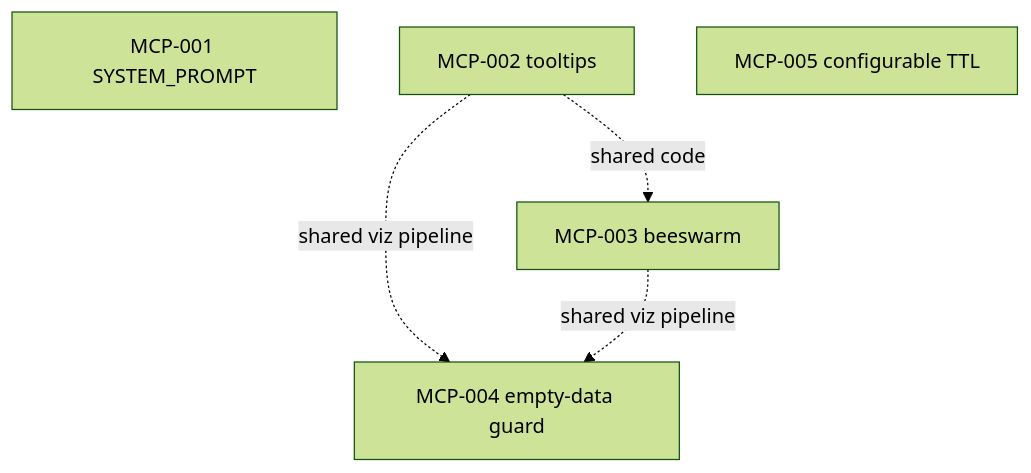
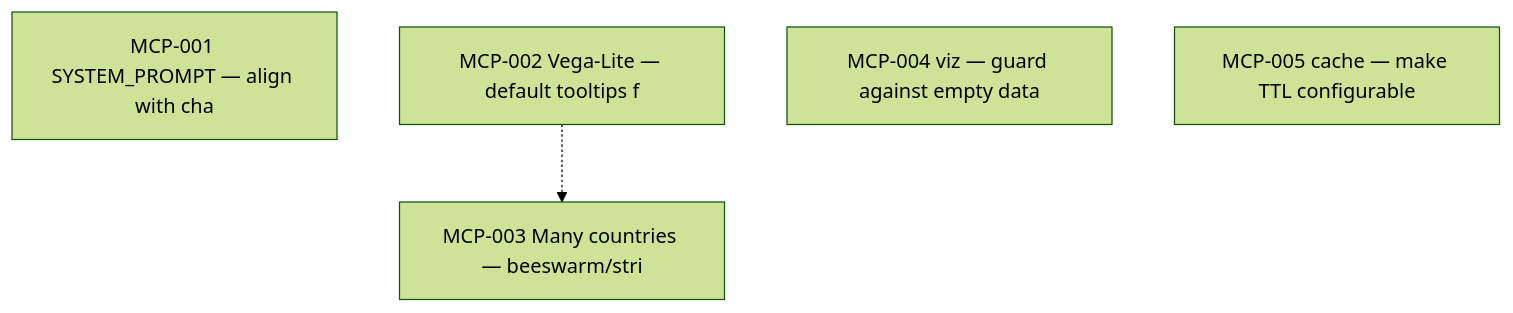
The diagram in TODO/README.md (avsolatorio/data360-mcp), drawn with Mermaid (forest theme) before and after one commit. The commit also changed other lines of this file, not shown here.

````diff
--- a/TODO/README.md
+++ b/TODO/README.md
@@ -19,11 +19,9 @@
 ```mermaid
 flowchart TB
-  MCP001[MCP-001 SYSTEM_PROMPT]
-  MCP002[MCP-002 tooltips]
-  MCP003[MCP-003 beeswarm]
-  MCP004[MCP-004 empty-data guard]
-  MCP005[MCP-005 configurable TTL]
-  MCP002 -.->|shared code| MCP003
-  MCP002 -.->|shared viz pipeline| MCP004
-  MCP003 -.->|shared viz pipeline| MCP004
+  MCP001["MCP-001 SYSTEM_PROMPT — align with cha"]
+  MCP002["MCP-002 Vega-Lite — default tooltips f"]
+  MCP003["MCP-003 Many countries — beeswarm/stri"]
+  MCP004["MCP-004 viz — guard against empty data"]
+  MCP005["MCP-005 cache — make TTL configurable "]
+  MCP002 -.-> MCP003
 ```
````
